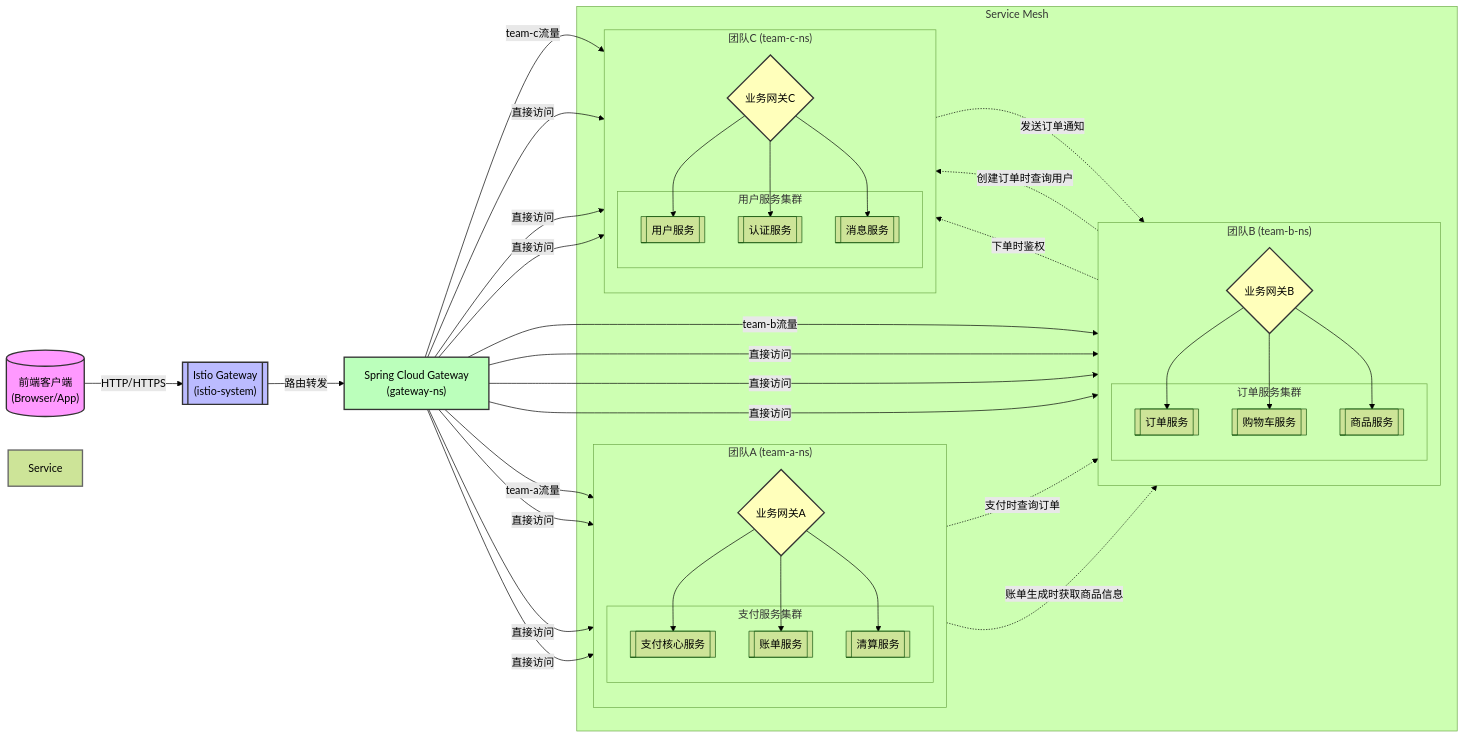
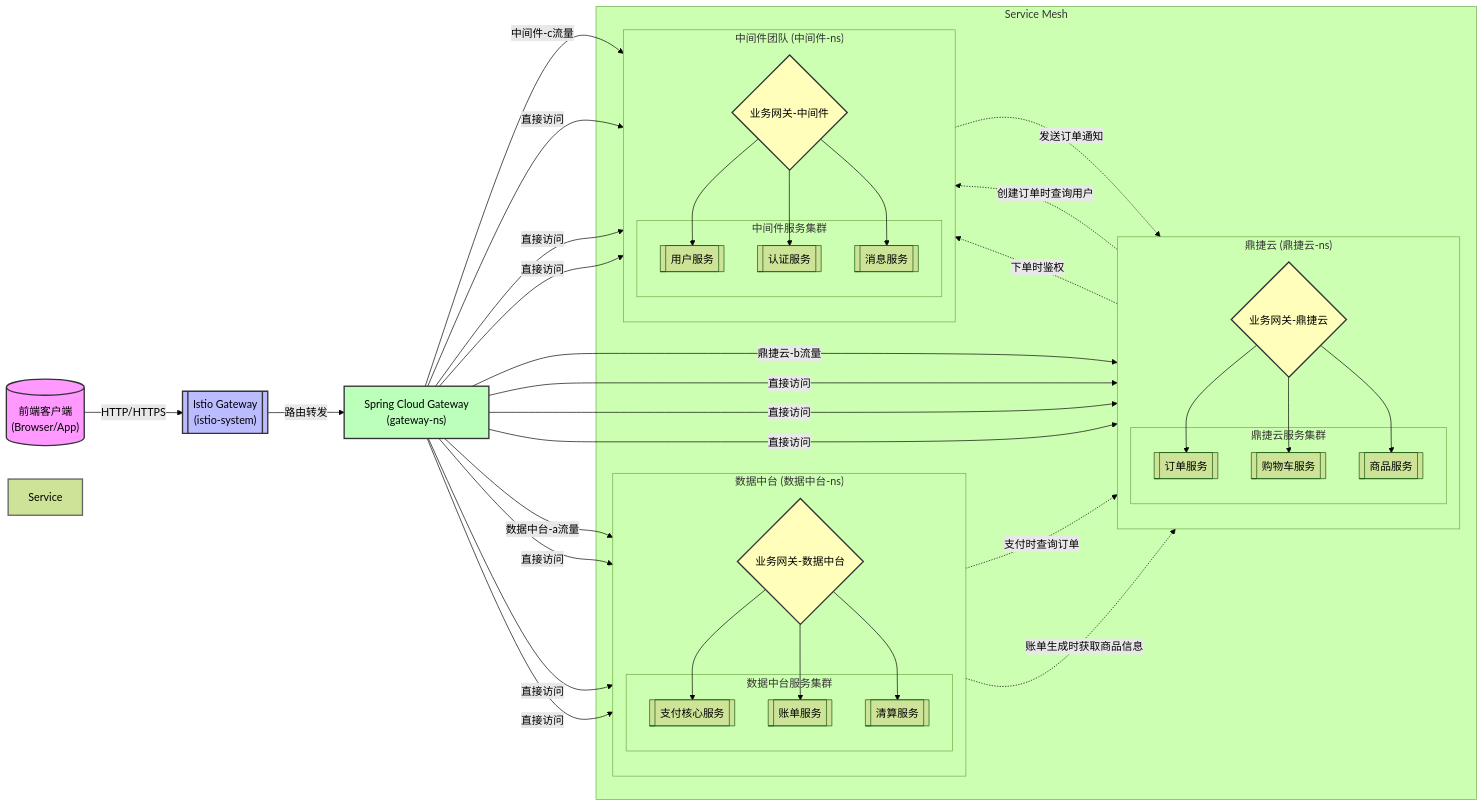
One commit to Jholly2008/configs changed the diagram in 网关网格报告/architecture.md. Above: the diagram before and after it, drawn with Mermaid (forest theme).

````diff
--- a/网关网格报告/architecture.md
+++ b/网关网格报告/architecture.md
@@ -1,74 +1,74 @@
 ```mermaid
 
 flowchart LR
     client[("前端客户端<br>(Browser/App)")]
     istio[["Istio Gateway<br>(istio-system)"]]
     scg["Spring Cloud Gateway<br>(gateway-ns)"]
     
     subgraph Service Mesh
-        subgraph "团队A (team-a-ns)"
+        subgraph "数据中台 (数据中台-ns)"
             direction TB
-            gw-a{"业务网关A"}
-            subgraph "支付服务集群"
+            gw-a{"业务网关-数据中台"}
+            subgraph "数据中台服务集群"
                 svc-a1[["支付核心服务"]]
                 svc-a2[["账单服务"]]
                 svc-a3[["清算服务"]]
             end
         end
         
-        subgraph "团队B (team-b-ns)"
+        subgraph "鼎捷云 (鼎捷云-ns)"
             direction TB
-            gw-b{"业务网关B"}
-            subgraph "订单服务集群"
+            gw-b{"业务网关-鼎捷云"}
+            subgraph "鼎捷云服务集群"
                 svc-b1[["订单服务"]]
                 svc-b2[["购物车服务"]]
                 svc-b3[["商品服务"]]
             end
         end
         
-        subgraph "团队C (team-c-ns)"
+        subgraph "中间件团队 (中间件-ns)"
             direction TB
-            gw-c{"业务网关C"}
-            subgraph "用户服务集群"
+            gw-c{"业务网关-中间件"}
+            subgraph "中间件服务集群"
                 svc-c1[["用户服务"]]
                 svc-c2[["认证服务"]]
                 svc-c3[["消息服务"]]
             end
         end
     end
     
     %% 外部访问路由
     client -->|HTTP/HTTPS| istio
     istio -->|路由转发| scg
     
-    %% 团队A的路由
-    scg -->|team-a流量| gw-a
+    %% 数据中台-a-的路由
+    scg -->|数据中台-a流量| gw-a
     scg -->|直接访问| svc-a1 & svc-a2 & svc-a3
     gw-a --> svc-a1 & svc-a2 & svc-a3
     
-    %% 团队B的路由
-    scg -->|team-b流量| gw-b
+    %% 鼎捷云-b-的路由
+    scg -->|鼎捷云-b流量| gw-b
     scg -->|直接访问| svc-b1 & svc-b2 & svc-b3
     gw-b --> svc-b1 & svc-b2 & svc-b3
     
-    %% 团队C的路由
-    scg -->|team-c流量| gw-c
+    %% 中间件-c-的路由
+    scg -->|中间件-c流量| gw-c
     scg -->|直接访问| svc-c1 & svc-c2 & svc-c3
     gw-c --> svc-c1 & svc-c2 & svc-c3
     
     %% 跨团队服务调用（直接通过service name）
     svc-b1 -.->|创建订单时查询用户| svc-c1
     svc-b1 -.->|下单时鉴权| svc-c2
     svc-a1 -.->|支付时查询订单| svc-b1
     svc-a2 -.->|账单生成时获取商品信息| svc-b3
     svc-c3 -.->|发送订单通知| svc-b1
     
     style client fill:#f9f,stroke:#333,stroke-width:2px
     style istio fill:#bbf,stroke:#333,stroke-width:2px
     style scg fill:#bfb,stroke:#333,stroke-width:2px
     style gw-a fill:#ffb,stroke:#333,stroke-width:2px
     style gw-b fill:#ffb,stroke:#333,stroke-width:2px
     style gw-c fill:#ffb,stroke:#333,stroke-width:2px
     style Service Mesh fill:#f5f5f5,stroke:#666,stroke-width:2px
 
 ```
````
